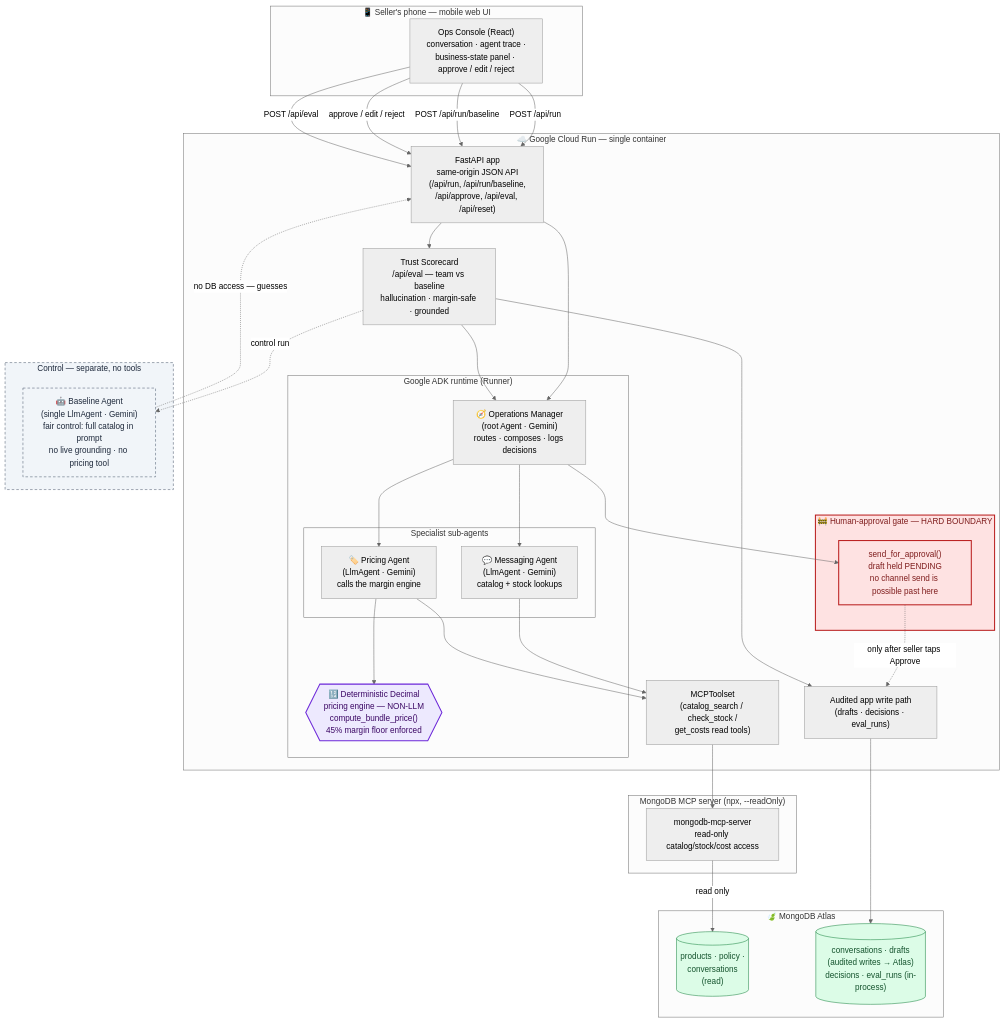
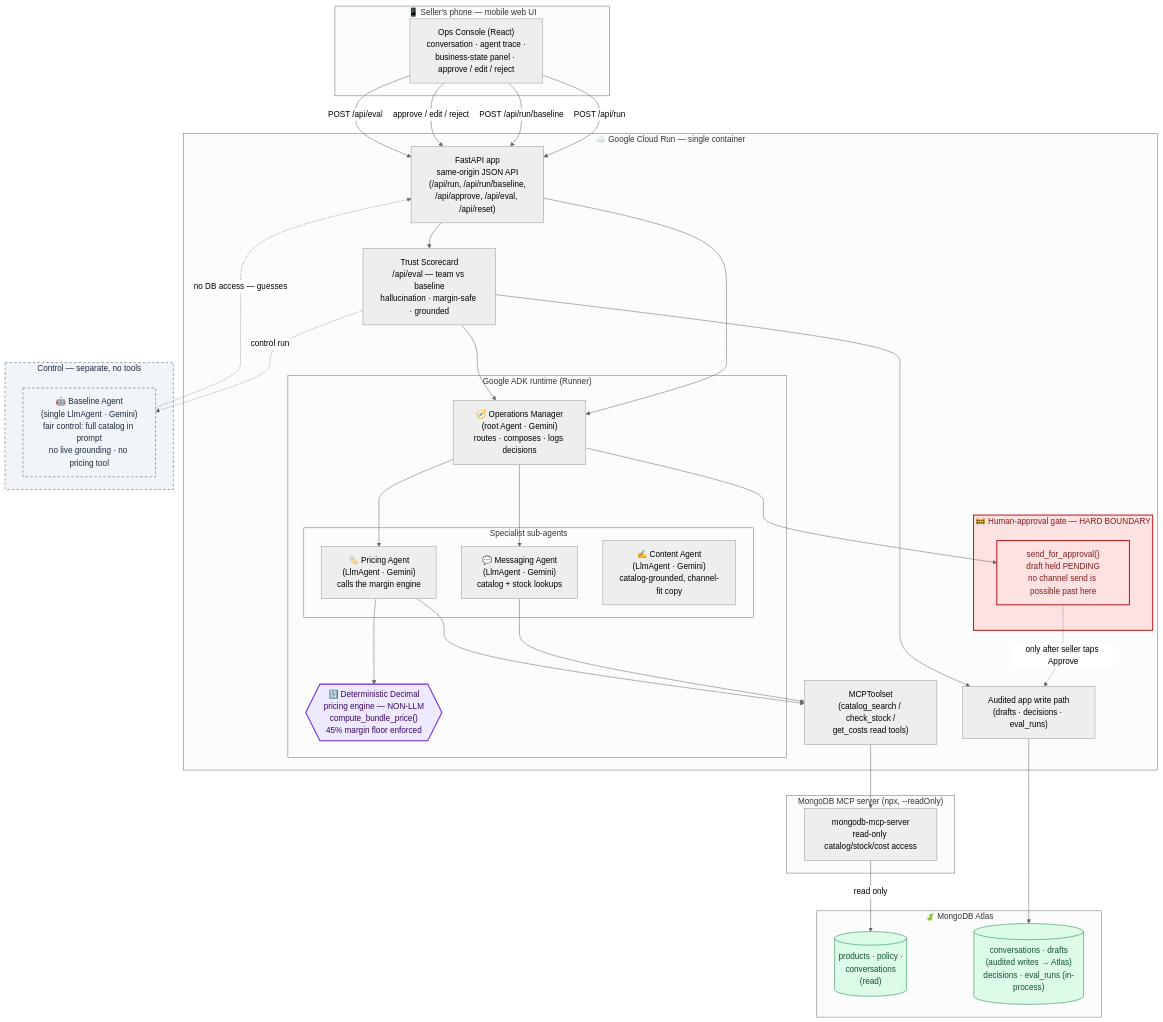
Before and after one commit to Jeremiah-Sakuda/asili-agents: the diagram in docs/ARCHITECTURE.md, drawn with Mermaid (neutral theme). The commit also changed other lines of this file and 10 other files, not shown here.

First line of the commit message:
feat(agents): Content Agent + enforce Gemini-via-Vertex posture (#16)

````diff
--- a/docs/ARCHITECTURE.md
+++ b/docs/ARCHITECTURE.md
@@ -12,76 +12,77 @@
 ```mermaid
 flowchart TB
     subgraph Phone["📱 Seller's phone — mobile web UI"]
         UI["Ops Console (React)\nconversation · agent trace ·\nbusiness-state panel · approve / edit / reject"]
     end
 
     subgraph CloudRun["☁️ Google Cloud Run — single container"]
         API["FastAPI app\nsame-origin JSON API\n(/api/run, /api/run/baseline,\n/api/approve, /api/eval, /api/reset)"]
 
         subgraph ADK["Google ADK runtime (Runner)"]
             OM["🧭 Operations Manager\n(root Agent · Gemini)\nroutes · composes · logs decisions"]
 
             subgraph Team["Specialist sub-agents"]
                 MSG["💬 Messaging Agent\n(LlmAgent · Gemini)\ncatalog + stock lookups"]
                 PRC["🏷️ Pricing Agent\n(LlmAgent · Gemini)\ncalls the margin engine"]
+                CNT["✍️ Content Agent\n(LlmAgent · Gemini)\ncatalog-grounded, channel-fit copy"]
             end
 
             ENGINE{{"🔢 Deterministic Decimal\npricing engine — NON-LLM\ncompute_bundle_price()\n45% margin floor enforced"}}
         end
 
         TOOLS["MCPToolset\n(catalog_search / check_stock /\nget_costs read tools)"]
 
         subgraph GATE["🚧 Human-approval gate — HARD BOUNDARY"]
             APPROVE["send_for_approval()\ndraft held PENDING\nno channel send is possible past here"]
         end
 
         WRITER["Audited app write path\n(drafts · decisions · eval_runs)"]
         EVAL["Trust Scorecard\n/api/eval — team vs baseline\nhallucination · margin-safe · grounded"]
     end
 
     subgraph MCP["MongoDB MCP server (npx, --readOnly)"]
         MCPSRV["mongodb-mcp-server\nread-only catalog/stock/cost access"]
     end
 
     subgraph Atlas["🍃 MongoDB Atlas"]
         READDB[("products · policy ·\nconversations\n(read)")]
         WRITEDB[("conversations · drafts\n(audited writes → Atlas)\ndecisions · eval_runs (in-process)")]
     end
 
     subgraph Control["Control — separate, no tools"]
         BASE["🤖 Baseline Agent\n(single LlmAgent · Gemini)\nfair control: full catalog in prompt\nno live grounding · no pricing tool"]
     end
 
     UI -->|"POST /api/run"| API
     UI -->|"POST /api/run/baseline"| API
     UI -->|"approve / edit / reject"| API
     UI -->|"POST /api/eval"| API
 
     API --> OM
     OM --> MSG
     OM --> PRC
     MSG --> TOOLS
     PRC --> TOOLS
     PRC --> ENGINE
     TOOLS --> MCPSRV
     MCPSRV -->|"read only"| READDB
 
     OM --> APPROVE
     APPROVE -.->|"only after seller taps Approve"| WRITER
     WRITER --> WRITEDB
     API --> EVAL
     EVAL --> OM
     EVAL -. "control run" .-> BASE
     EVAL --> WRITER
 
     BASE -.->|"no DB access — guesses"| API
 
     classDef nonllm fill:#ede9fe,stroke:#6d28d9,stroke-width:2px,color:#3b0764;
     classDef gate fill:#fee2e2,stroke:#b91c1c,stroke-width:2px,color:#7f1d1d;
     classDef control fill:#f1f5f9,stroke:#475569,stroke-dasharray:5 4,color:#1e293b;
     classDef db fill:#dcfce7,stroke:#15803d,color:#14532d;
     class ENGINE nonllm;
     class GATE,APPROVE gate;
     class Control,BASE control;
     class READDB,WRITEDB db;
 ```
````
